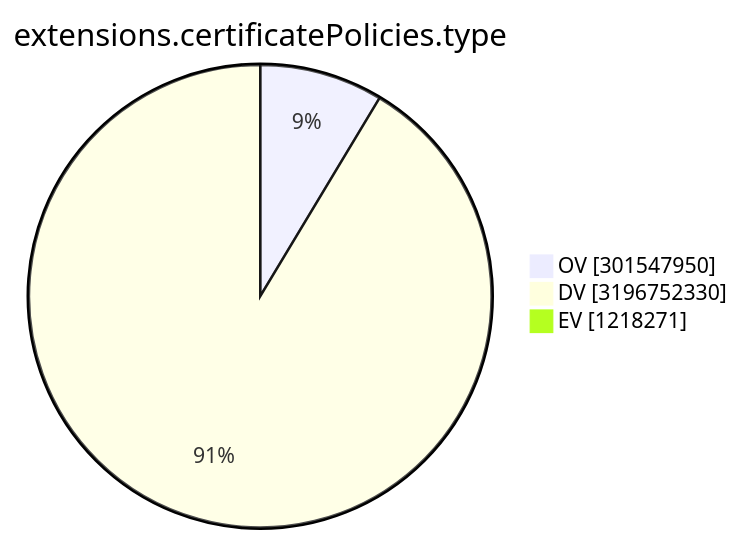
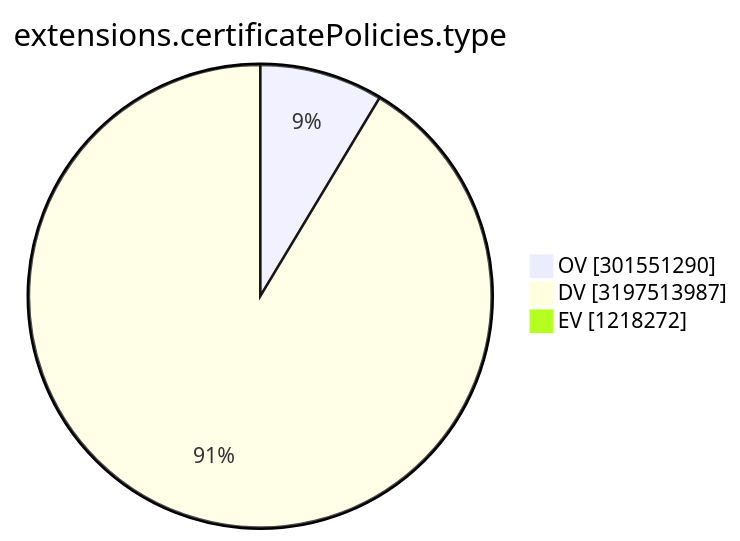
Before and after one commit to christiankrug/ctmonitor_visualization: the ninth of 15 diagrams in TOTAL/README.md, drawn with Mermaid. The commit also changed other lines of this file, not shown here.

````diff
--- a/TOTAL/README.md
+++ b/TOTAL/README.md
@@ -3106,7 +3106,7 @@
 ```mermaid
 pie showData
 title extensions.certificatePolicies.type
-"OV" :301547950
-"DV" :3196752330
-"EV" :1218271
+"OV" :301551290
+"DV" :3197513987
+"EV" :1218272
 ```
````
